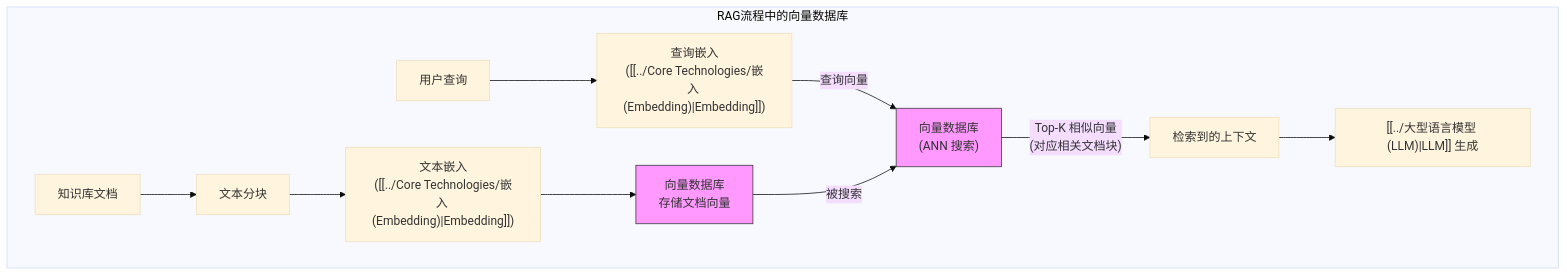
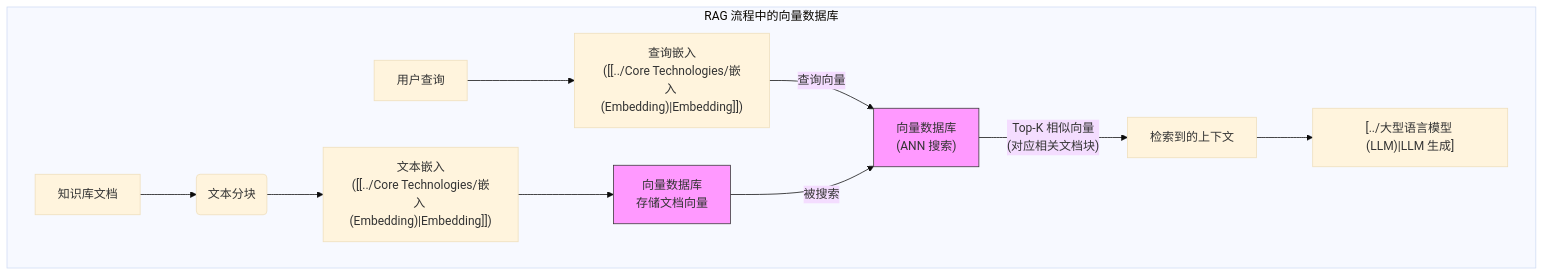
The diagram in Concepts/AI & ML/Core Technologies/向量数据库.md (perryzjc/interview), drawn with Mermaid (base theme) before and after one commit. The commit also changed other lines of this file and 9 other files, not shown here.

````diff
--- a/Concepts/AI & ML/Core Technologies/向量数据库.md
+++ b/Concepts/AI & ML/Core Technologies/向量数据库.md
@@ -35,23 +85,17 @@
 ```mermaid
 graph TD
+	subgraph RAG 流程中的向量数据库
+		direction LR
+		A[知识库文档] --> B(文本分块);
+		B --> C["文本嵌入<br/>([[../Core Technologies/嵌入 (Embedding)|Embedding]])"];
+		C --> D["向量数据库<br/>存储文档向量"];
 
-    A["知识库文档"] --> B["文本分块"];
-    B --> C["文本嵌入<br/>([[../Core Technologies/嵌入 (Embedding)|Embedding]])"];
-    C --> D["向量数据库<br/>存储文档向量"];
-
-    E["用户查询"] --> F["查询嵌入<br/>([[../Core Technologies/嵌入 (Embedding)|Embedding]])"];
-    F -- "查询向量" --> G["向量数据库<br/>(ANN 搜索)"];
-    D -- "被搜索" --> G;
-    G -- "Top-K 相似向量<br/>(对应相关文档块)" --> H["检索到的上下文"];
-    H --> I["[[../大型语言模型 (LLM)|LLM]] 生成"];
-
-    style D fill:#f9f,stroke:#333
-    style G fill:#f9f,stroke:#333
-
-    %% 可选标题分组
-    classDef title fill:#eee,stroke:#333,stroke-dasharray: 5 5;
-    subgraph RAG流程中的向量数据库
-        A; B; C; D; E; F; G; H; I
-    end
-
+		E[用户查询] --> F["查询嵌入<br/>([[../Core Technologies/嵌入 (Embedding)|Embedding]])"];
+		F -- "查询向量" --> G["向量数据库<br/>(ANN 搜索)"];
+		D -- "被搜索" --> G;
+		G -- "Top-K 相似向量<br/>(对应相关文档块)" --> H[检索到的上下文];
+		H --> I["[../大型语言模型 (LLM)|LLM 生成]"];
+	end
+	style D fill:#f9f, stroke:#333
+	style G fill:#f9f, stroke:#333
 ```
````
